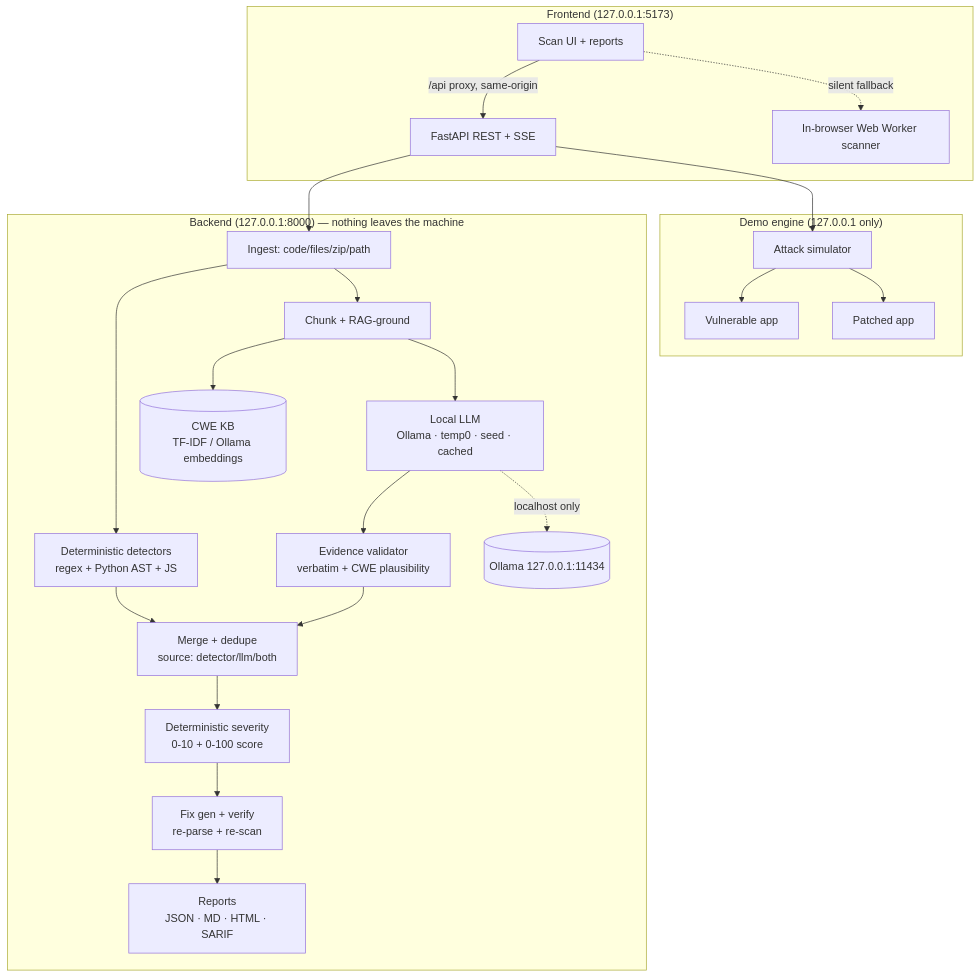
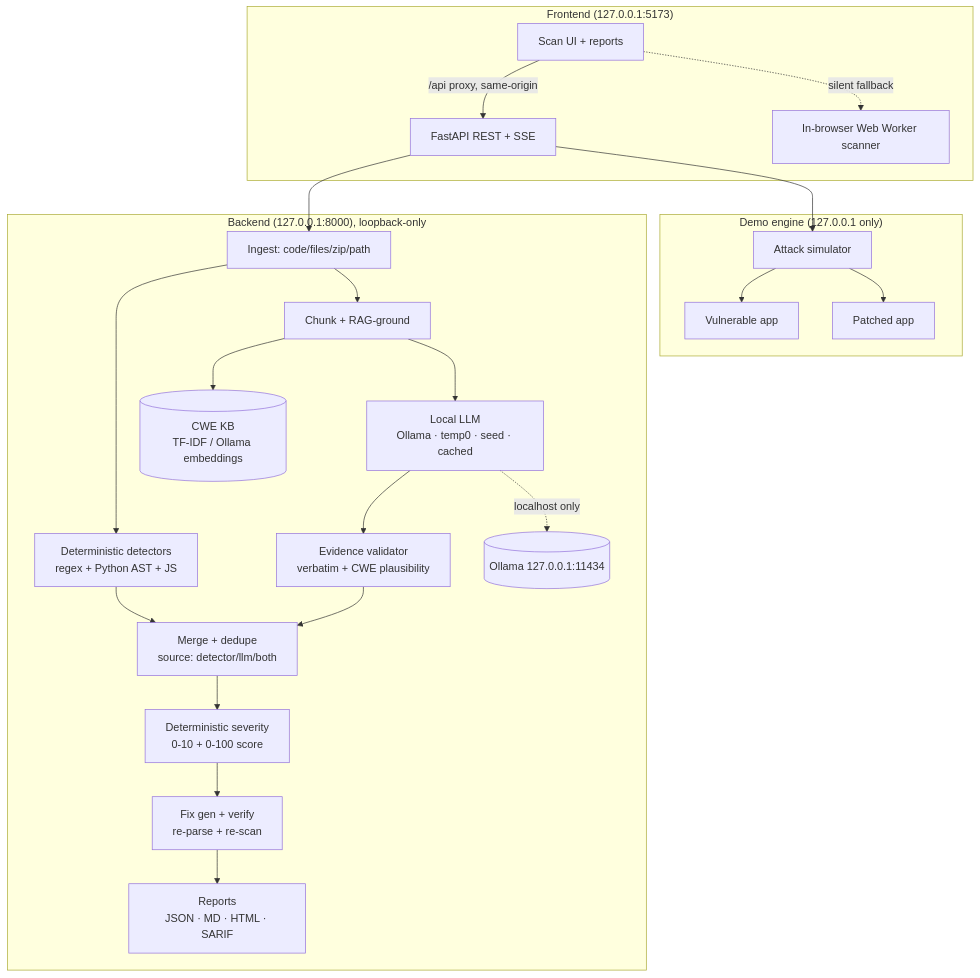
The diagram in README.md (ishver928/ChaosMonkey-Official), drawn with Mermaid before and after one commit. The commit also changed other lines of this file and 6 other files, not shown here.

````diff
--- a/README.md
+++ b/README.md
@@ -29,28 +29,28 @@
 ```mermaid
 flowchart TD
   subgraph Browser["Frontend (127.0.0.1:5173)"]
     UI[Scan UI + reports] -->|/api proxy, same-origin| API
     UI -. silent fallback .-> WORKER[In-browser Web Worker scanner]
   end
 
-  subgraph Backend["Backend (127.0.0.1:8000) — nothing leaves the machine"]
+  subgraph Backend["Backend (127.0.0.1:8000), loopback-only"]
     API[FastAPI REST + SSE] --> ING[Ingest: code/files/zip/path]
     ING --> DET[Deterministic detectors\nregex + Python AST + JS]
     ING --> CHUNK[Chunk + RAG-ground]
     CHUNK --> KB[(CWE KB\nTF-IDF / Ollama embeddings)]
     CHUNK --> LLM[Local LLM\nOllama · temp0 · seed · cached]
     LLM --> VAL[Evidence validator\nverbatim + CWE plausibility]
     DET --> MERGE[Merge + dedupe\nsource: detector/llm/both]
     VAL --> MERGE
     MERGE --> SEV[Deterministic severity\n0-10 + 0-100 score]
     SEV --> FIX[Fix gen + verify\nre-parse + re-scan]
     FIX --> REP[Reports\nJSON · MD · HTML · SARIF]
     LLM -. localhost only .-> OLLAMA[(Ollama 127.0.0.1:11434)]
   end
 
   subgraph Demo["Demo engine (127.0.0.1 only)"]
     API --> SIM[Attack simulator]
     SIM --> VULN[Vulnerable app]
     SIM --> PATCH[Patched app]
   end
 ```
````
